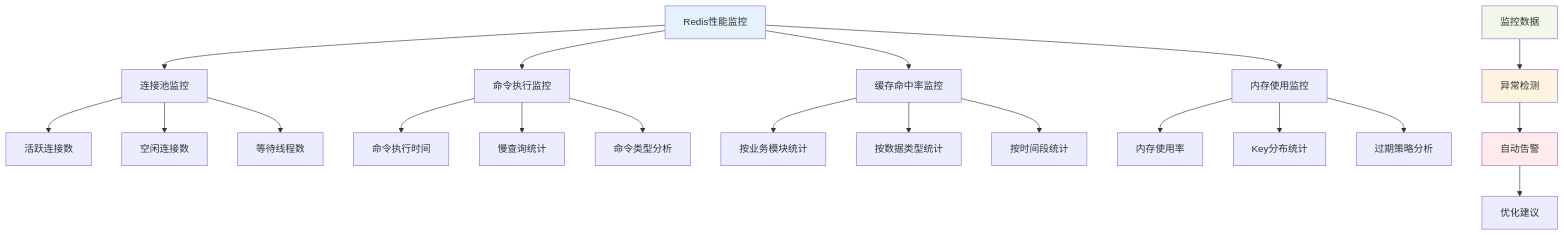
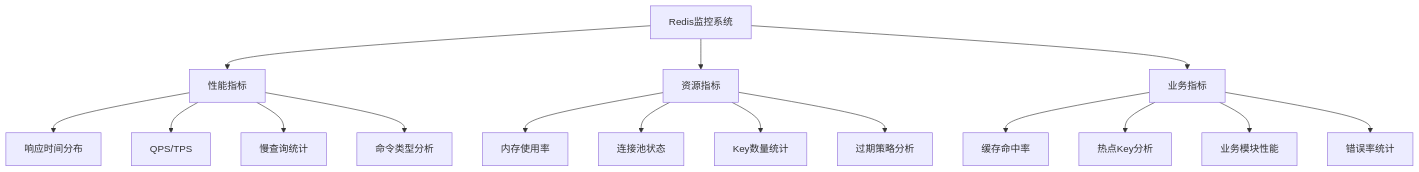
Before and after one commit to kick-pixel/btc_eth_bizzan_contract_Exchange_ztuo_jiaoyisuo: the fifth of 6 diagrams in doc/07.Redis 应用：高性能缓存与会话管理.md, drawn with Mermaid. The commit also changed other lines of this file and 27 other files, not shown here.

````diff
--- a/doc/07.Redis 应用：高性能缓存与会话管理.md
+++ b/doc/07.Redis 应用：高性能缓存与会话管理.md
@@ -363,32 +489,21 @@
 ```mermaid
 graph TD
-    A[Redis性能监控] --> B[连接池监控]
-    A --> C[命令执行监控]
-    A --> D[缓存命中率监控]
-    A --> E[内存使用监控]
+    A[Redis监控系统] --> B[性能指标]
+    A --> C[资源指标]
+    A --> D[业务指标]
 
-    B --> B1[活跃连接数]
-    B --> B2[空闲连接数]
-    B --> B3[等待线程数]
+    B --> B1[响应时间分布]
+    B --> B2[QPS/TPS]
+    B --> B3[慢查询统计]
+    B --> B4[命令类型分析]
 
-    C --> C1[命令执行时间]
-    C --> C2[慢查询统计]
-    C --> C3[命令类型分析]
+    C --> C1[内存使用率]
+    C --> C2[连接池状态]
+    C --> C3[Key数量统计]
+    C --> C4[过期策略分析]
 
-    D --> D1[按业务模块统计]
-    D --> D2[按数据类型统计]
-    D --> D3[按时间段统计]
-
-    E --> E1[内存使用率]
-    E --> E2[Key分布统计]
-    E --> E3[过期策略分析]
-
-    F[监控数据] --> G[异常检测]
-    G --> H[自动告警]
-    H --> I[优化建议]
-
-    style A fill:#e3f2fd
-    style F fill:#f1f8e9
-    style G fill:#fff3e0
-    style H fill:#ffebee
+    D --> D1[缓存命中率]
+    D --> D2[热点Key分析]
+    D --> D3[业务模块性能]
+    D --> D4[错误率统计]
 ```
````
